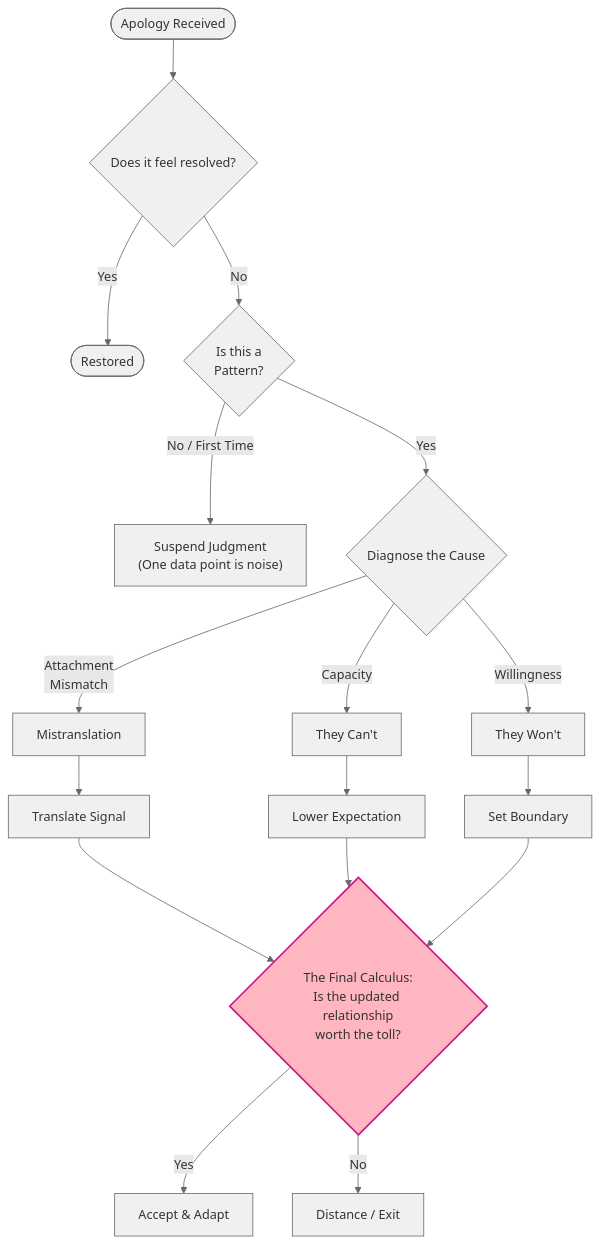
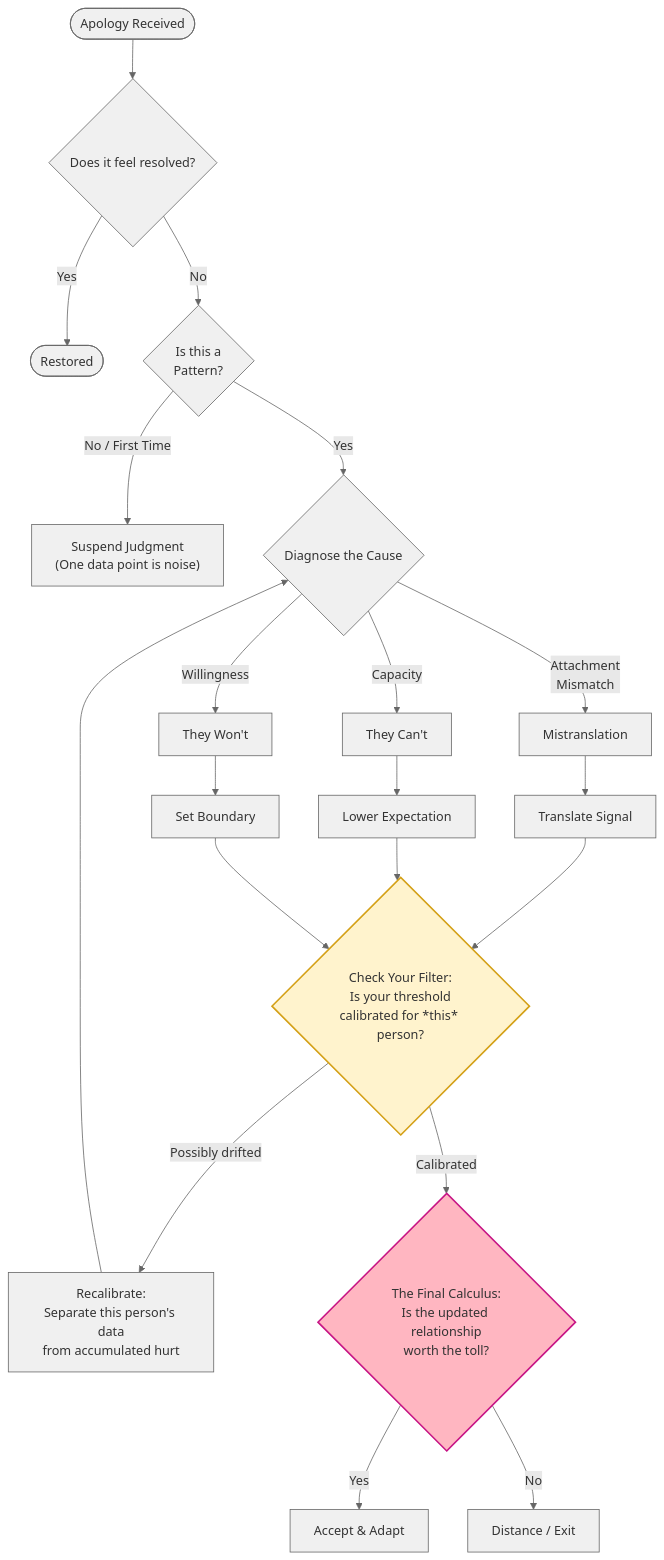
One commit to maharshi95/maharshi95.github.io changed the diagram in assets/diagrams/apology-gap-flowchart.mmd. Above: the diagram before and after it, drawn with Mermaid. The commit also changed 11 other files, not shown here.

```diff
--- a/assets/diagrams/apology-gap-flowchart.mmd
+++ b/assets/diagrams/apology-gap-flowchart.mmd
@@ -1,23 +1,35 @@
 %%{init: {'theme': 'base', 'themeVariables': { 'primaryColor': '#f0f0f0', 'primaryTextColor': '#333', 'primaryBorderColor': '#666', 'lineColor': '#666', 'secondaryColor': '#e8e8e8', 'tertiaryColor': '#fff'}}}%%
 graph TD
     A([Apology Received]) --> B{Does it feel resolved?}
     B -- Yes --> C([Restored])
     B -- No --> D{Is this a<br/>Pattern?}
     D -- "No / First Time" --> E["Suspend Judgment<br/>(One data point is noise)"]
     D -- Yes --> F{Diagnose the Cause}
 
     F -->|"Attachment<br/>Mismatch"| G[Mistranslation]
     F -->|Capacity| H["They Can't"]
     F -->|Willingness| I["They Won't"]
 
     G --> J[Translate Signal]
     H --> K[Lower Expectation]
     I --> L[Set Boundary]
+    
+    J & K & L --> P{Check Your Filter:<br/>Is your threshold<br/>calibrated for *this* person?}
 
-    J & K & L --> M{"The Final Calculus:<br/>Is the updated relationship<br/>worth the toll?"}
+    P -- "Possibly drifted" --> Q["Recalibrate:<br/>Separate this person's data<br/>from accumulated hurt"]
+    Q --> F
+    P -- "Calibrated" --> M
+
+    J[Translate Signal]
+    K[Lower Expectation]
+    L[Set Boundary]
+
+    M{"The Final Calculus:<br/>Is the updated relationship<br/>worth the toll?"}
 
     M -- Yes --> N["Accept & Adapt"]
     M -- No --> O["Distance / Exit"]
 
     classDef decision fill:#ffb6c1,stroke:#c71585,stroke-width:2px,color:#333
+    classDef calibration fill:#fff3cd,stroke:#d4a017,stroke-width:2px,color:#333
     class M decision
+    class P calibration
```
